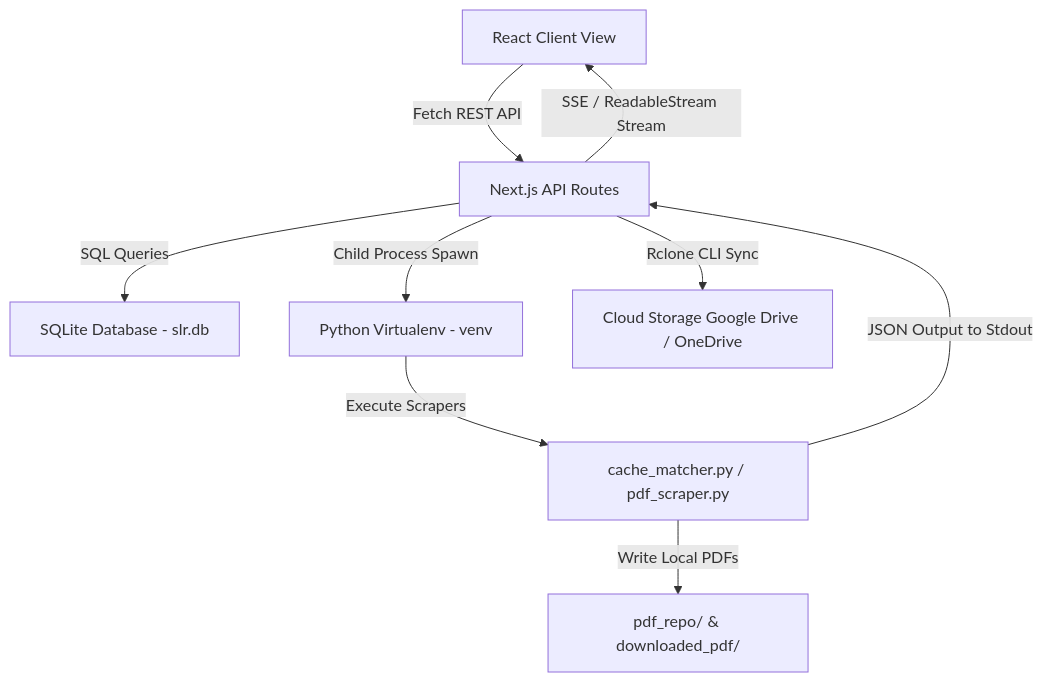
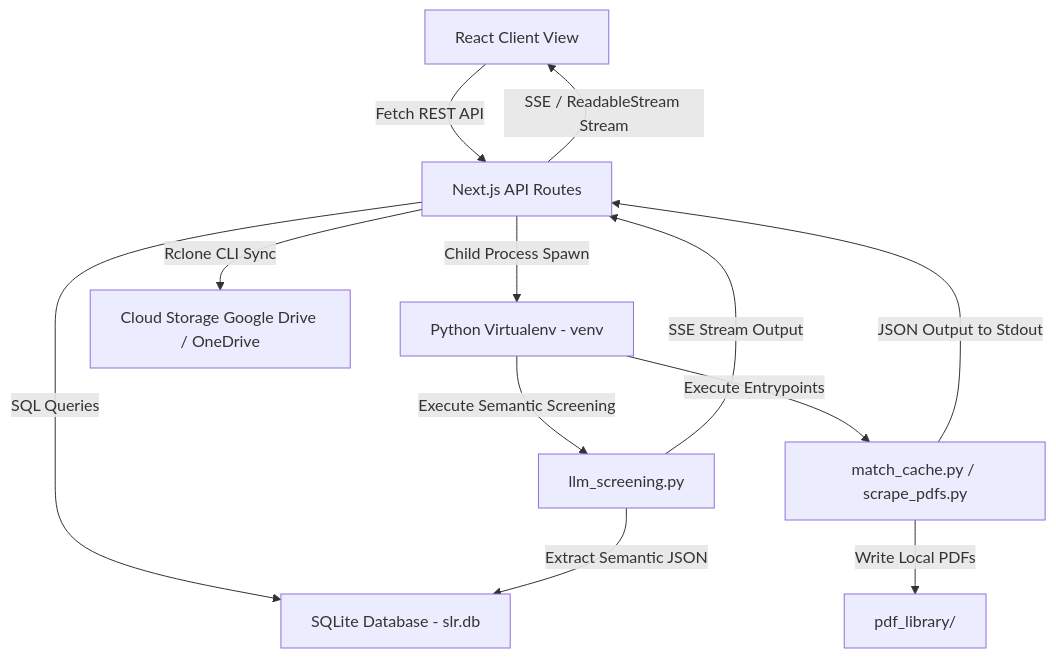
One commit to iwas108/SLR-Magic changed the diagram in slr-ide/architecture.md. Above: the diagram before and after it, drawn with Mermaid. The commit also changed other lines of this file and 63 other files, not shown here.

Commit message:
feat: implement core Python engine and frontend interface for automated PDF processing and LLM operations

````diff
--- a/slr-ide/architecture.md
+++ b/slr-ide/architecture.md
@@ -30,11 +33,14 @@
 ```mermaid
 graph TD
     A[React Client View] -->|Fetch REST API| B[Next.js API Routes]
     B -->|SQL Queries| C[SQLite Database - slr.db]
     B -->|Child Process Spawn| D[Python Virtualenv - venv]
-    D -->|Execute Scrapers| E[cache_matcher.py / pdf_scraper.py]
+    D -->|Execute Entrypoints| E[match_cache.py / scrape_pdfs.py]
+    D -->|Execute Semantic Screening| L[llm_screening.py]
     E -->|JSON Output to Stdout| B
+    L -->|SSE Stream Output| B
     B -->|SSE / ReadableStream Stream| A
-    E -->|Write Local PDFs| F[pdf_repo/ & downloaded_pdf/]
+    E -->|Write Local PDFs| F[pdf_library/]
     B -->|Rclone CLI Sync| G[Cloud Storage Google Drive / OneDrive]
+    L -->|Extract Semantic JSON| C
 ```
````
